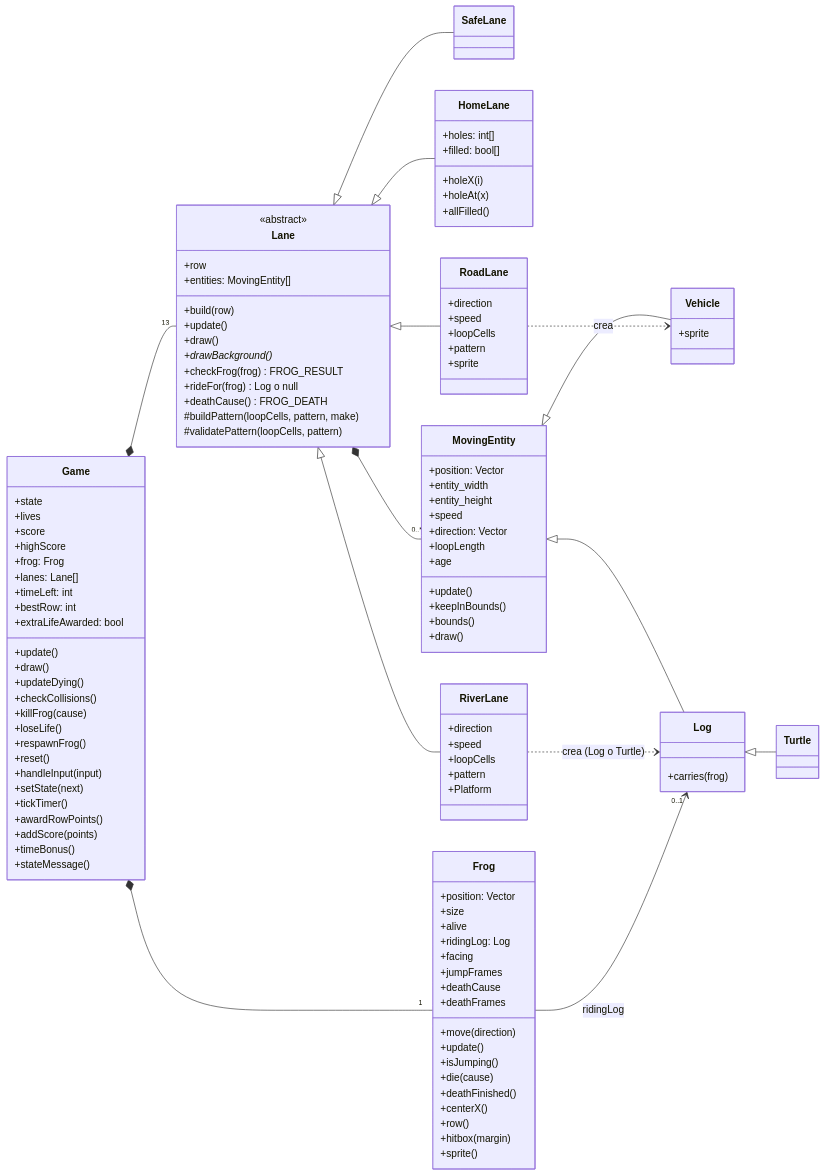
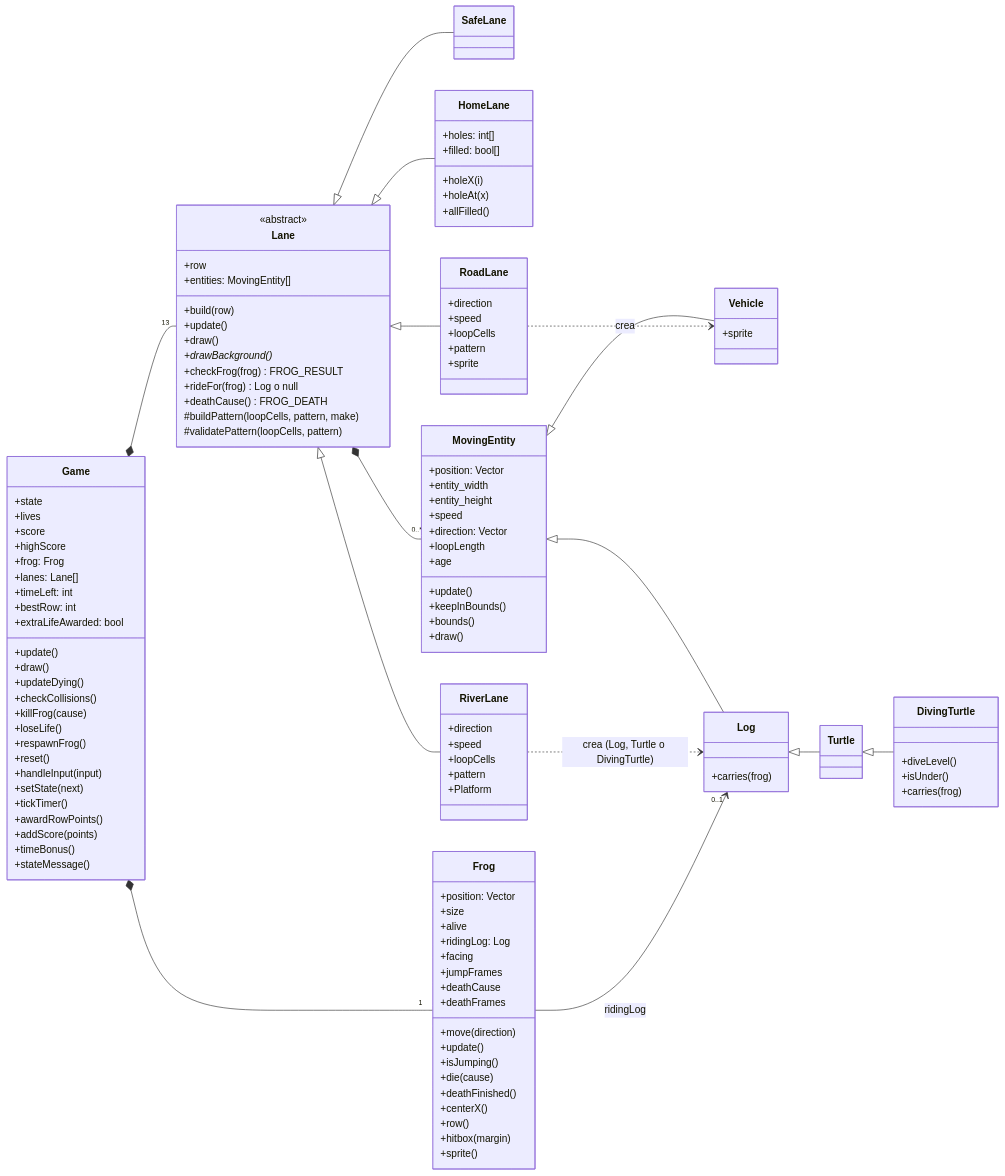
The first of 3 diagrams in docs/ARQUITECTURA.md (ShryhakAkizuki/Frogger-Visual_Computing_2026-II), drawn with Mermaid before and after one commit. The commit also changed other lines of this file and 7 other files, not shown here.

````diff
--- a/docs/ARQUITECTURA.md
+++ b/docs/ARQUITECTURA.md
@@ -219,6 +219,11 @@
         +carries(frog)
     }
     class Turtle
+    class DivingTurtle {
+        +diveLevel()
+        +isUnder()
+        +carries(frog)
+    }
 
     class Frog {
         +position: Vector
@@ -250,7 +255,8 @@
     MovingEntity <|-- Vehicle
     MovingEntity <|-- Log
     Log <|-- Turtle
+    Turtle <|-- DivingTurtle
     RoadLane ..> Vehicle : crea
-    RiverLane ..> Log : crea (Log o Turtle)
+    RiverLane ..> Log : crea (Log, Turtle o DivingTurtle)
     Frog --> "0..1" Log : ridingLog
 ```
````
